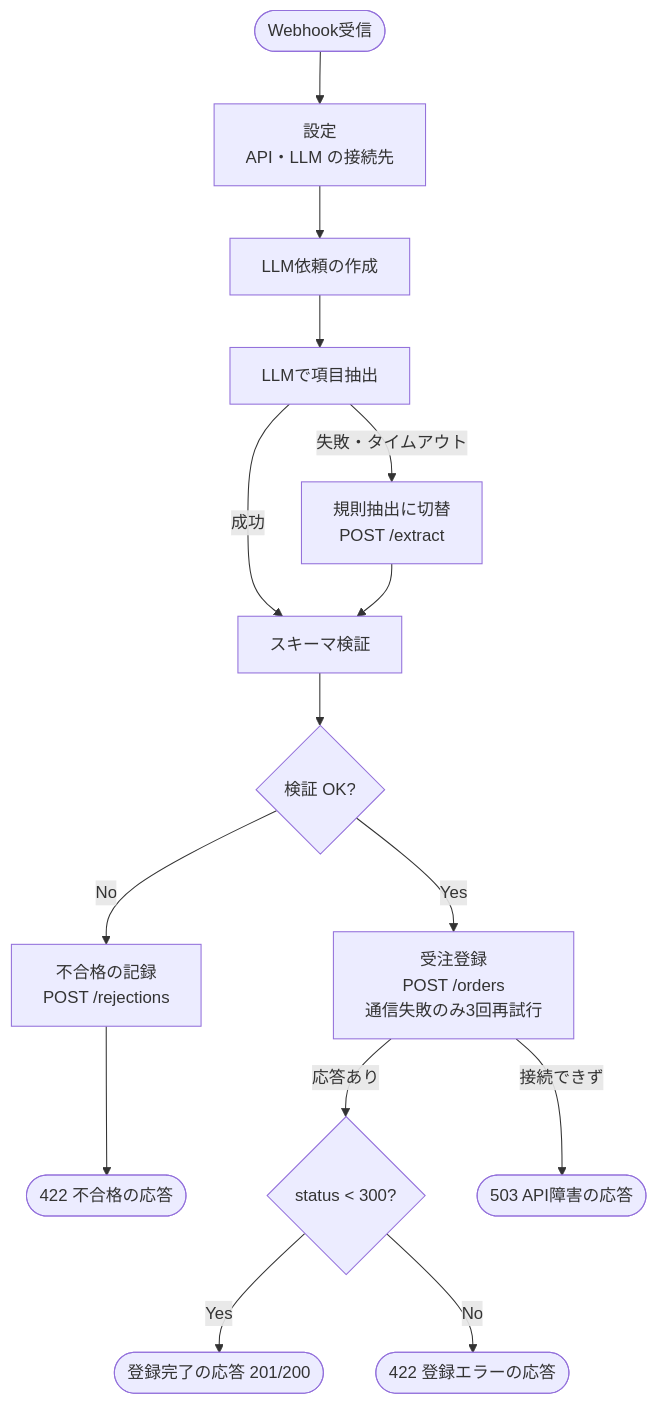
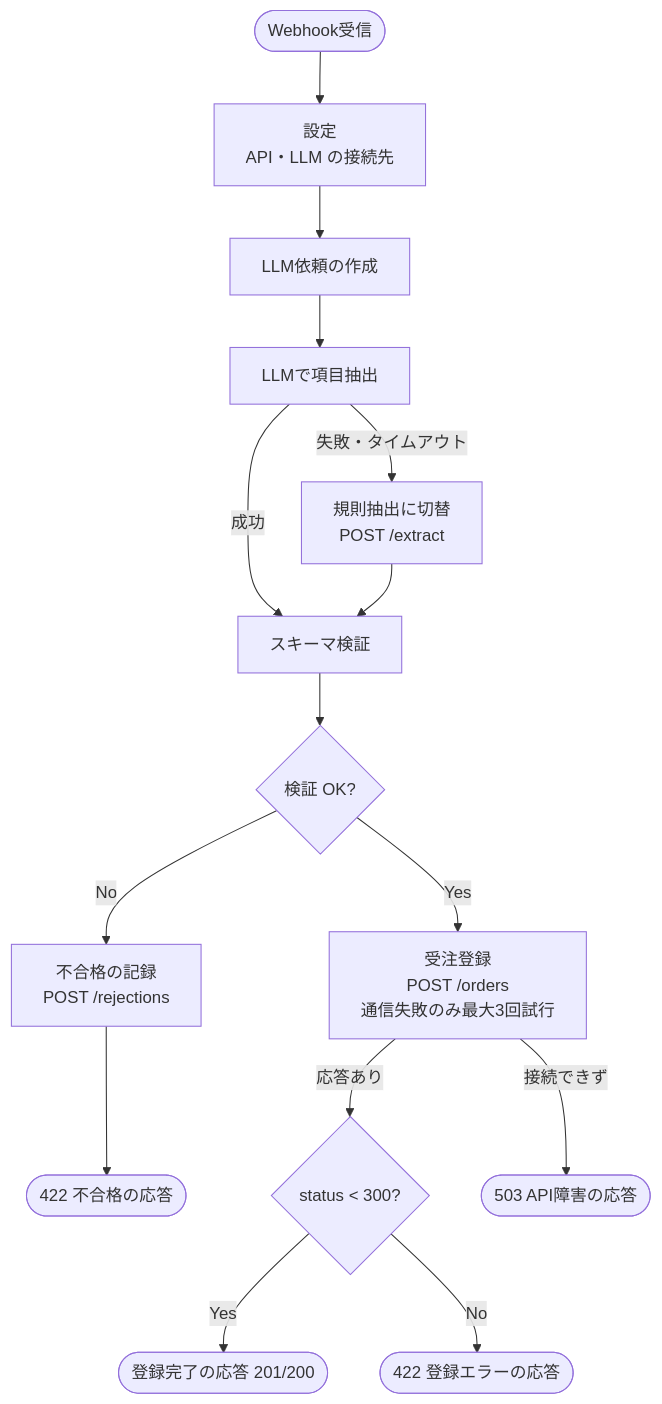
One commit to takato-y/order-intake-system changed the first of 4 diagrams in docs/06_詳細設計.md. Above: the diagram before and after it, drawn with Mermaid. The commit also changed other lines of this file and 3 other files, not shown here.

````diff
--- a/docs/06_詳細設計.md
+++ b/docs/06_詳細設計.md
@@ -28,16 +28,16 @@
 ```mermaid
 flowchart TD
     A([Webhook受信]) --> B[設定<br/>API・LLM の接続先]
     B --> C[LLM依頼の作成]
     C --> D[LLMで項目抽出]
     D -->|成功| F[スキーマ検証]
     D -->|失敗・タイムアウト| E[規則抽出に切替<br/>POST /extract]
     E --> F
     F --> G{検証 OK?}
-    G -->|Yes| H[受注登録<br/>POST /orders<br/>通信失敗のみ3回再試行]
+    G -->|Yes| H[受注登録<br/>POST /orders<br/>通信失敗のみ最大3回試行]
     G -->|No| I[不合格の記録<br/>POST /rejections] --> J([422 不合格の応答])
     H -->|応答あり| K{status < 300?}
     H -->|接続できず| L([503 API障害の応答])
     K -->|Yes| M([登録完了の応答 201/200])
     K -->|No| N([422 登録エラーの応答])
 ```
````
